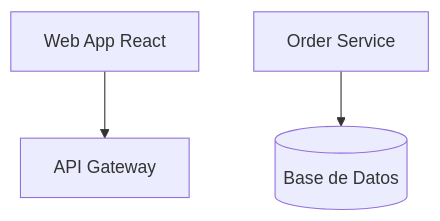
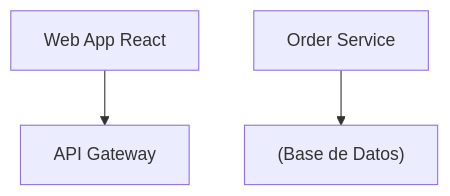
One commit to santosdevco/all_as_code changed the second of 4 diagrams in docs/guia-documentacion/05-prompts.md. Above: the diagram before and after it, drawn with Mermaid. The commit also changed other lines of this file and 11 other files, not shown here.

````diff
--- a/docs/guia-documentacion/05-prompts.md
+++ b/docs/guia-documentacion/05-prompts.md
@@ -41,5 +133,5 @@
 ```mermaid
 graph TB
-    A[Web App React] --> B[API Gateway]
-    C[Order Service] --> D[(Base de Datos)]
+    A["Web App React"] --> B["API Gateway"]
+    C["Order Service"] --> D["(Base de Datos)"]
 ```
````
